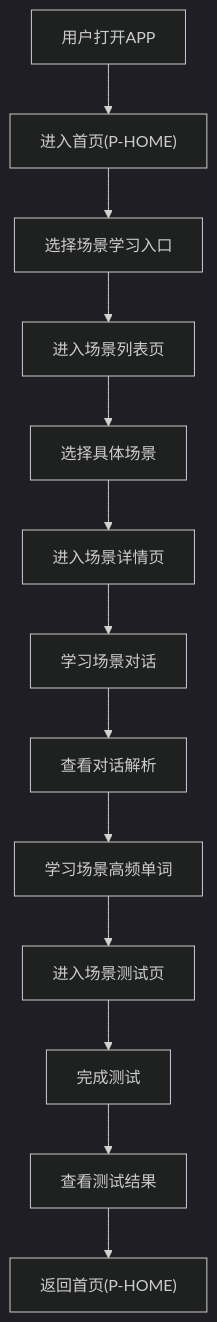
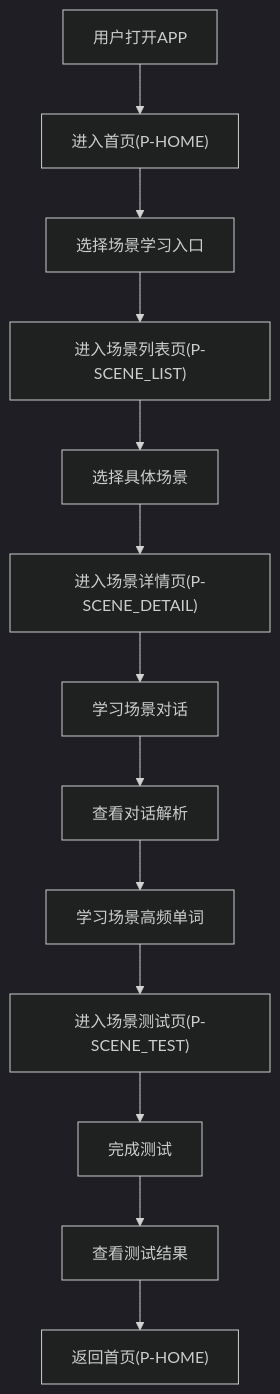
Before and after one commit to d342784178/kouyu: the third of 4 diagrams in demands/v2/需求文档_全量.md, drawn with Mermaid (dark theme). The commit also changed other lines of this file and 13 other files, not shown here.

````diff
--- a/demands/v2/需求文档_全量.md
+++ b/demands/v2/需求文档_全量.md
@@ -184,15 +186,15 @@
 ```mermaid
 graph TD
     A["用户打开APP"] --> B["进入首页(P-HOME)"]
     B --> C["选择场景学习入口"]
-    C --> D["进入场景列表页"]
+    C --> D["进入场景列表页(P-SCENE_LIST)"]
     D --> E["选择具体场景"]
-    E --> F["进入场景详情页"]
+    E --> F["进入场景详情页(P-SCENE_DETAIL)"]
     F --> G["学习场景对话"]
     G --> H["查看对话解析"]
     H --> I["学习场景高频单词"]
-    I --> J["进入场景测试页"]
+    I --> J["进入场景测试页(P-SCENE_TEST)"]
     J --> K["完成测试"]
     K --> L["查看测试结果"]
     L --> M["返回首页(P-HOME)"]
 ```
````
